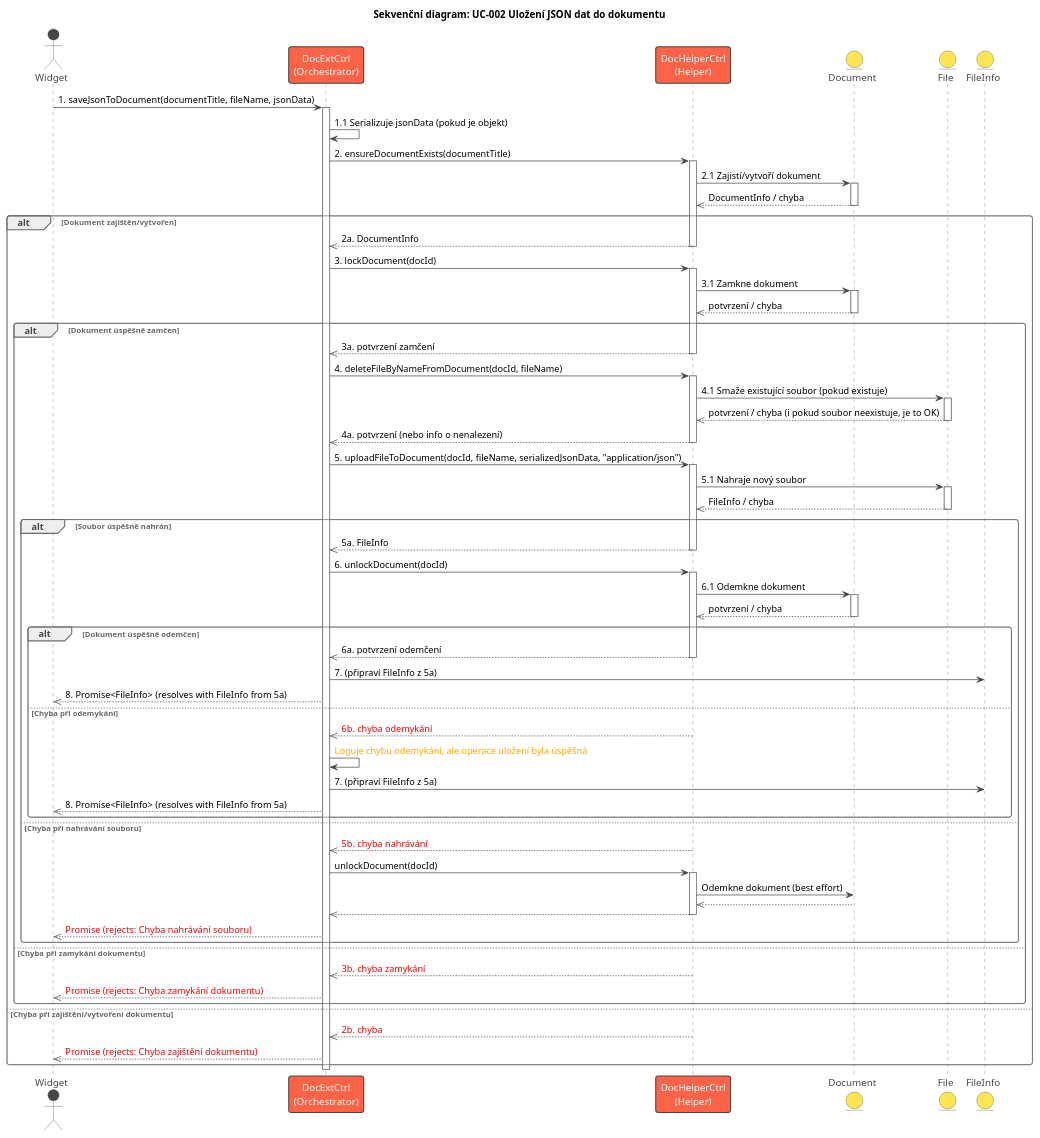
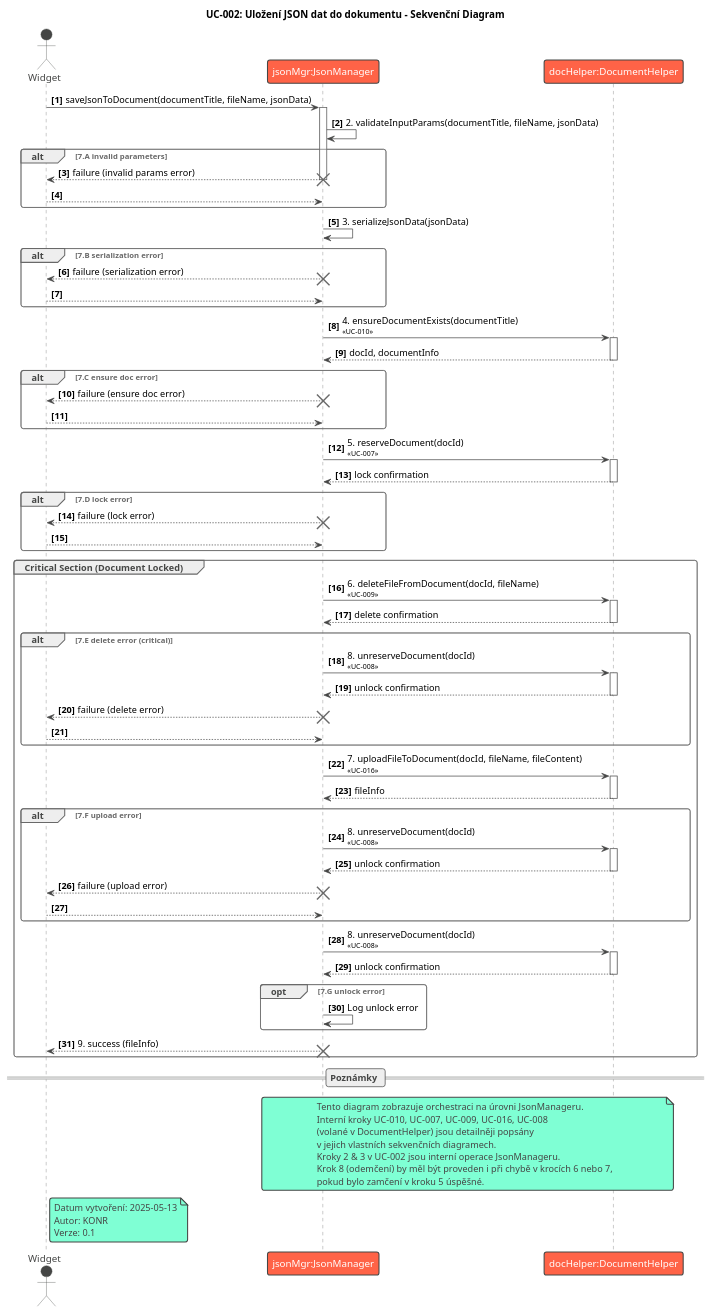
One commit to rkonvicny/DYTUtils changed the diagram in Docs/05-sequence/SD-002_Save_JSON_Data.plantuml. Above: the diagram before and after it, drawn with PlantUML. The commit also changed 59 other files, not shown here.

```diff
--- a/Docs/05-sequence/SD-002_Save_JSON_Data.plantuml
+++ b/Docs/05-sequence/SD-002_Save_JSON_Data.plantuml
@@ -1,110 +1,117 @@
 @startuml SD-002_Save_JSON_Data
 !theme vibrant
-title Sekvenční diagram: UC-002 Uložení JSON dat do dokumentu
+title UC-002: Uložení JSON dat do dokumentu - Sekvenční Diagram
 
-actor Widget
-participant "DocExtCtrl\n(Orchestrator)" as DocExtCtrl
-participant "DocHelperCtrl\n(Helper)" as DocHelperCtrl
-entity Document
-entity File
-entity FileInfo
+actor "Widget" as Widget
+participant "jsonMgr:JsonManager" as JsonManager
+participant "docHelper:DocumentHelper" as DocumentHelper
 
-Widget -> DocExtCtrl : 1. saveJsonToDocument(documentTitle, fileName, jsonData)
-activate DocExtCtrl
+autonumber "<b>[0]"
 
-DocExtCtrl -> DocExtCtrl : 1.1 Serializuje jsonData (pokud je objekt)
+Widget -> JsonManager : saveJsonToDocument(documentTitle, fileName, jsonData)
+activate JsonManager
 
-DocExtCtrl -> DocHelperCtrl : 2. ensureDocumentExists(documentTitle)
-activate DocHelperCtrl
-DocHelperCtrl -> Document : 2.1 Zajistí/vytvoří dokument
-activate Document
-Document -->> DocHelperCtrl : DocumentInfo / chyba
-deactivate Document
+JsonManager -> JsonManager : 2. validateInputParams(documentTitle, fileName, jsonData)
+alt 7.A invalid parameters
+    JsonManager --> Widget : failure (invalid params error)
+    deactivate JsonManager
+    destroy JsonManager
+    return
+end
 
-alt Dokument zajištěn/vytvořen
-    DocHelperCtrl -->> DocExtCtrl : 2a. DocumentInfo
-    deactivate DocHelperCtrl
+JsonManager -> JsonManager : 3. serializeJsonData(jsonData)
+alt 7.B serialization error
+    JsonManager --> Widget : failure (serialization error)
+    deactivate JsonManager
+    destroy JsonManager
+    return
+end
 
-    DocExtCtrl -> DocHelperCtrl : 3. lockDocument(docId)
-    activate DocHelperCtrl
-    DocHelperCtrl -> Document : 3.1 Zamkne dokument
-    activate Document
-    Document -->> DocHelperCtrl : potvrzení / chyba
-    deactivate Document
+JsonManager -> DocumentHelper : 4. ensureDocumentExists(documentTitle)\n<size:10><< UC-010 >></size>
+activate DocumentHelper
+DocumentHelper --> JsonManager : docId, documentInfo
+deactivate DocumentHelper
+alt 7.C ensure doc error
+    JsonManager --> Widget : failure (ensure doc error)
+    deactivate JsonManager
+    destroy JsonManager
+    return
+end
 
-    alt Dokument úspěšně zamčen
-        DocHelperCtrl -->> DocExtCtrl : 3a. potvrzení zamčení
-        deactivate DocHelperCtrl
+JsonManager -> DocumentHelper : 5. reserveDocument(docId)\n<size:10><< UC-007 >></size>
+activate DocumentHelper
+DocumentHelper --> JsonManager : lock confirmation
+deactivate DocumentHelper
+alt 7.D lock error
+    JsonManager --> Widget : failure (lock error)
+    deactivate JsonManager
+    destroy JsonManager
+    return
+end
 
-        DocExtCtrl -> DocHelperCtrl : 4. deleteFileByNameFromDocument(docId, fileName)
-        activate DocHelperCtrl
-        DocHelperCtrl -> File : 4.1 Smaže existující soubor (pokud existuje)
-        activate File
-        File -->> DocHelperCtrl : potvrzení / chyba (i pokud soubor neexistuje, je to OK)
-        deactivate File
-        ' Chyba při mazání (pokud je kritická) by se řešila zde, ale pro přepsání je často OK, pokud soubor neexistuje
-        ' Pro zjednodušení předpokládáme, že tento krok buď uspěje, nebo jeho "selhání" (nenalezení souboru) nebrání nahrání nového.
-        DocHelperCtrl -->> DocExtCtrl : 4a. potvrzení (nebo info o nenalezení)
-        deactivate DocHelperCtrl
+' --- Critical section: Document is locked ---
+' Need to ensure unlock happens if any step here fails
 
-        DocExtCtrl -> DocHelperCtrl : 5. uploadFileToDocument(docId, fileName, serializedJsonData, "application/json")
-        activate DocHelperCtrl
-        DocHelperCtrl -> File : 5.1 Nahraje nový soubor
-        activate File
-        File -->> DocHelperCtrl : FileInfo / chyba
-        deactivate File
+group Critical Section (Document Locked)
+    JsonManager -> DocumentHelper : 6. deleteFileFromDocument(docId, fileName)\n<size:10><< UC-009 >></size>
+    activate DocumentHelper
+    DocumentHelper --> JsonManager : delete confirmation
+    deactivate DocumentHelper
+    alt 7.E delete error (critical)
+        JsonManager -> DocumentHelper : 8. unreserveDocument(docId)\n<size:10><< UC-008 >></size>
+        activate DocumentHelper
+        DocumentHelper --> JsonManager : unlock confirmation
+        deactivate DocumentHelper
+        JsonManager --> Widget : failure (delete error)
+        deactivate JsonManager
+        destroy JsonManager
+        return
+    end
+    ' Note: 7.E also covers non-critical "file not found" which proceeds
 
-        alt Soubor úspěšně nahrán
-            DocHelperCtrl -->> DocExtCtrl : 5a. FileInfo
-            deactivate DocHelperCtrl
-
-            DocExtCtrl -> DocHelperCtrl : 6. unlockDocument(docId)
-            activate DocHelperCtrl
-            DocHelperCtrl -> Document : 6.1 Odemkne dokument
-            activate Document
-            Document -->> DocHelperCtrl : potvrzení / chyba
-            deactivate Document
-
-            alt Dokument úspěšně odemčen
-                DocHelperCtrl -->> DocExtCtrl : 6a. potvrzení odemčení
-                deactivate DocHelperCtrl
-                DocExtCtrl -> FileInfo : 7. (připraví FileInfo z 5a)
-                DocExtCtrl -->> Widget : 8. Promise<FileInfo> (resolves with FileInfo from 5a)
-            else Chyba při odemykání
-                DocHelperCtrl -->> DocExtCtrl : <color:red>6b. chyba odemykání</color>
-                deactivate DocHelperCtrl
-                DocExtCtrl -> DocExtCtrl : <color:orange>Loguje chybu odemykání, ale operace uložení byla úspěšná</color>
-                DocExtCtrl -> FileInfo : 7. (připraví FileInfo z 5a)
-                DocExtCtrl -->> Widget : 8. Promise<FileInfo> (resolves with FileInfo from 5a)
-            end
-
-        else Chyba při nahrávání souboru
-            DocHelperCtrl -->> DocExtCtrl : <color:red>5b. chyba nahrávání</color>
-            deactivate DocHelperCtrl
-            ' Pokus o odemčení dokumentu před rejectem
-            DocExtCtrl -> DocHelperCtrl : unlockDocument(docId)
-            activate DocHelperCtrl
-            DocHelperCtrl -> Document : Odemkne dokument (best effort)
-            Document -->> DocHelperCtrl
-            deactivate Document
-            DocHelperCtrl -->> DocExtCtrl
-            deactivate DocHelperCtrl
-            DocExtCtrl -->> Widget : <color:red>Promise (rejects: Chyba nahrávání souboru)</color>
-        end
-
-    else Chyba při zamykání dokumentu
-        DocHelperCtrl -->> DocExtCtrl : <color:red>3b. chyba zamykání</color>
-        deactivate DocHelperCtrl
-        ' Není co odemykat, pokud zamčení selhalo
-        DocExtCtrl -->> Widget : <color:red>Promise (rejects: Chyba zamykání dokumentu)</color>
+    JsonManager -> DocumentHelper : 7. uploadFileToDocument(docId, fileName, fileContent)\n<size:10><< UC-016 >></size>
+    activate DocumentHelper
+    DocumentHelper --> JsonManager : fileInfo
+    deactivate DocumentHelper
+    alt 7.F upload error
+        JsonManager -> DocumentHelper : 8. unreserveDocument(docId)\n<size:10><< UC-008 >></size>
+        activate DocumentHelper
+        DocumentHelper --> JsonManager : unlock confirmation
+        deactivate DocumentHelper
+        JsonManager --> Widget : failure (upload error)
+        deactivate JsonManager
+        destroy JsonManager
+        return
     end
 
-else Chyba při zajištění/vytvoření dokumentu
-    DocHelperCtrl -->> DocExtCtrl : <color:red>2b. chyba</color>
-    deactivate DocHelperCtrl
-    DocExtCtrl -->> Widget : <color:red>Promise (rejects: Chyba zajištění dokumentu)</color>
+    JsonManager -> DocumentHelper : 8. unreserveDocument(docId)\n<size:10><< UC-008 >></size>
+    activate DocumentHelper
+    DocumentHelper --> JsonManager : unlock confirmation
+    deactivate DocumentHelper
+    opt 7.G unlock error
+        JsonManager -> JsonManager : Log unlock error
+    end
+
+    JsonManager --> Widget : 9. success (fileInfo)
+    deactivate JsonManager
+    destroy JsonManager
 end
 
-deactivate DocExtCtrl
+== Poznámky ==
+note over JsonManager, DocumentHelper
+  Tento diagram zobrazuje orchestraci na úrovni JsonManageru.
+  Interní kroky UC-010, UC-007, UC-009, UC-016, UC-008
+  (volané v DocumentHelper) jsou detailněji popsány
+  v jejich vlastních sekvenčních diagramech.
+  Kroky 2 & 3 v UC-002 jsou interní operace JsonManageru.
+  Krok 8 (odemčení) by měl být proveden i při chybě v krocích 6 nebo 7,
+  pokud bylo zamčení v kroku 5 úspěšné.
+end note
+
+note right of Widget
+  Datum vytvoření: 2025-05-13
+  Autor: KONR
+  Verze: 0.1
+end note
 
 @enduml
```
